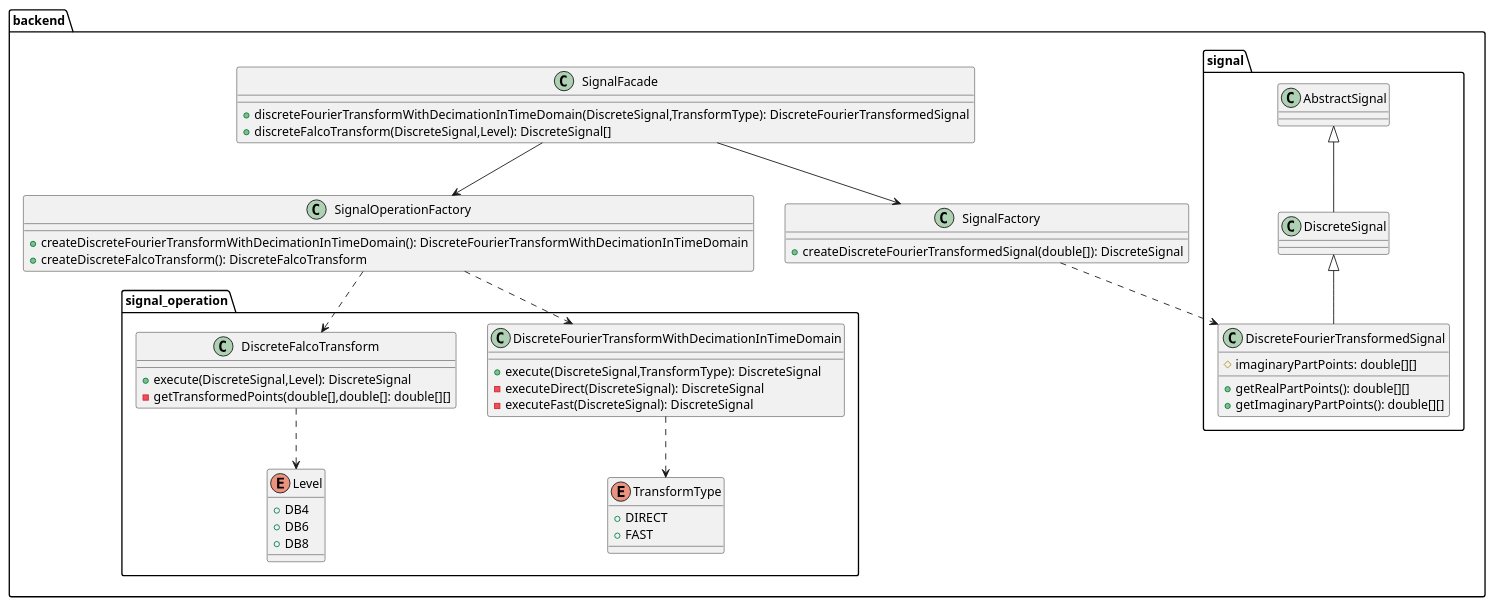
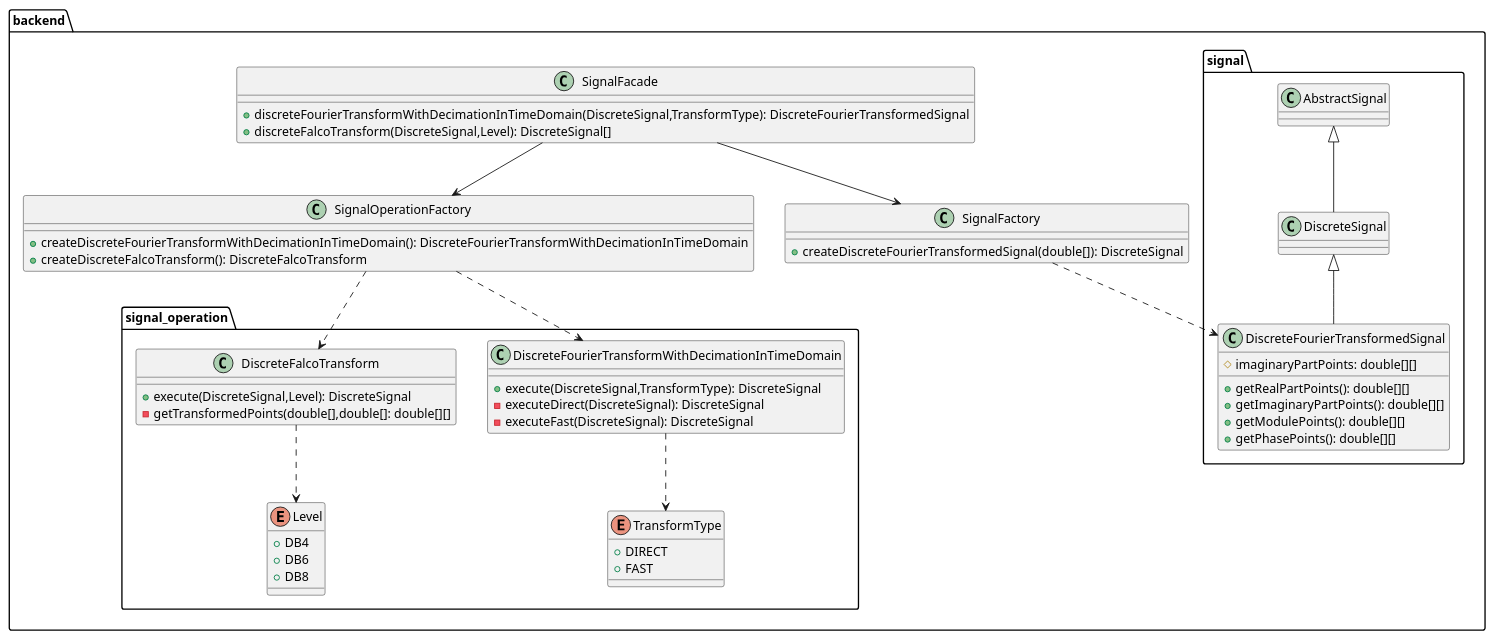
One commit to RadekBucki/DigitalSignalProcessing changed the seventh of 8 diagrams in README.md. Above: the diagram before and after it, drawn with PlantUML.

Commit message:
Diagram update

````diff
--- a/README.md
+++ b/README.md
@@ -711,51 +711,53 @@
 ```plantuml
 package backend {
     class SignalFacade {
         + discreteFourierTransformWithDecimationInTimeDomain(DiscreteSignal,TransformType): DiscreteFourierTransformedSignal
         + discreteFalcoTransform(DiscreteSignal,Level): DiscreteSignal[]
     }
     class SignalOperationFactory {
         + createDiscreteFourierTransformWithDecimationInTimeDomain(): DiscreteFourierTransformWithDecimationInTimeDomain
         + createDiscreteFalcoTransform(): DiscreteFalcoTransform
     }
     SignalFacade --> SignalOperationFactory
     package signal_operation {
         enum TransformType {
             + DIRECT
             + FAST
         }
         class DiscreteFourierTransformWithDecimationInTimeDomain {
             + execute(DiscreteSignal,TransformType): DiscreteSignal
             - executeDirect(DiscreteSignal): DiscreteSignal
             - executeFast(DiscreteSignal): DiscreteSignal
         }
         DiscreteFourierTransformWithDecimationInTimeDomain ..> TransformType
         
         enum Level {
             + DB4
             + DB6
             + DB8
         }
         class DiscreteFalcoTransform {
             + execute(DiscreteSignal,Level): DiscreteSignal
             - getTransformedPoints(double[],double[]: double[][]
         }
         DiscreteFalcoTransform ..> Level
     }
     SignalOperationFactory ..> DiscreteFourierTransformWithDecimationInTimeDomain
     SignalOperationFactory ..> DiscreteFalcoTransform
     class SignalFactory {
         + createDiscreteFourierTransformedSignal(double[]): DiscreteSignal
     }
     package signal {
         SignalFactory ..> DiscreteFourierTransformedSignal
         SignalFacade --> SignalFactory
         class DiscreteSignal extends AbstractSignal
         class DiscreteFourierTransformedSignal extends DiscreteSignal {
             # imaginaryPartPoints: double[][]
             + getRealPartPoints(): double[][]
             + getImaginaryPartPoints(): double[][]
+            + getModulePoints(): double[][]
+            + getPhasePoints(): double[][]
         }
     }
 }
 ```
````
